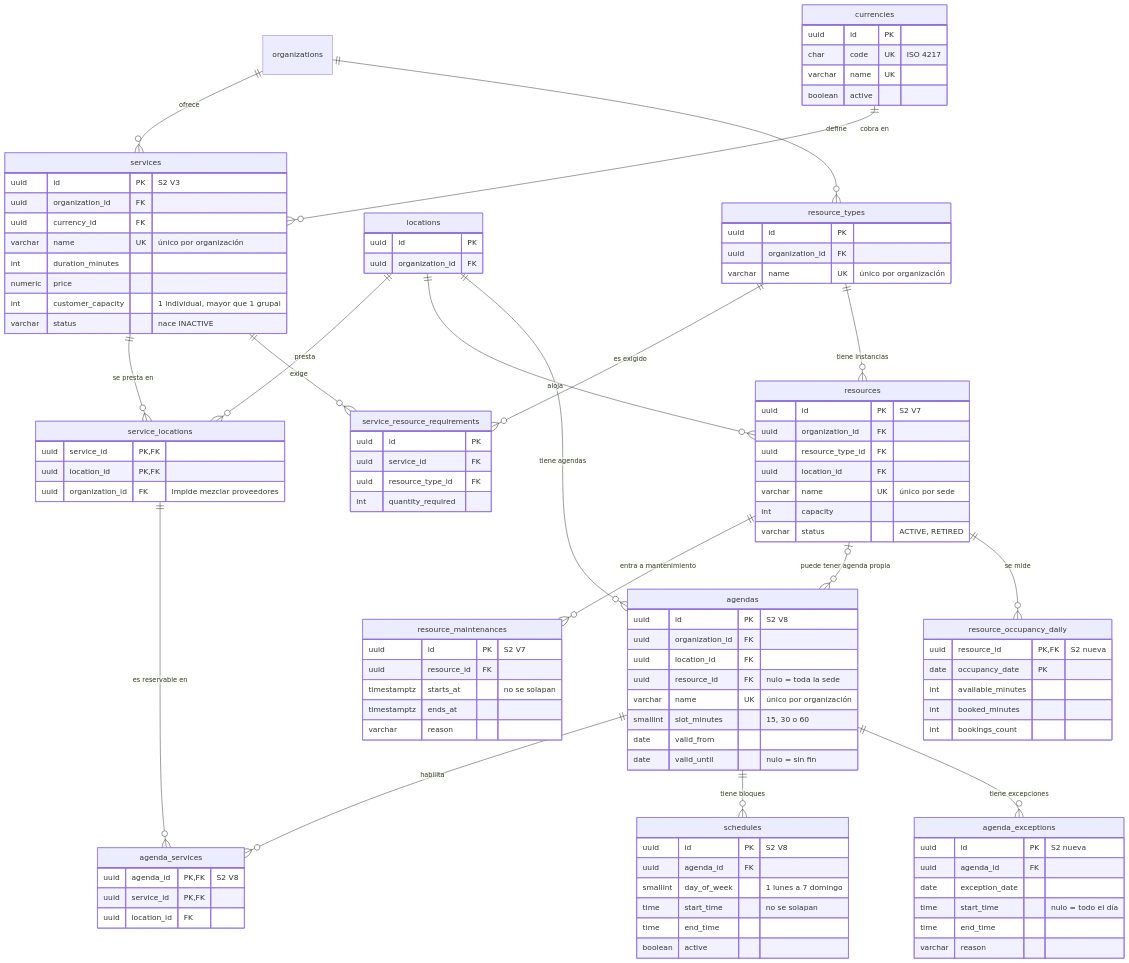
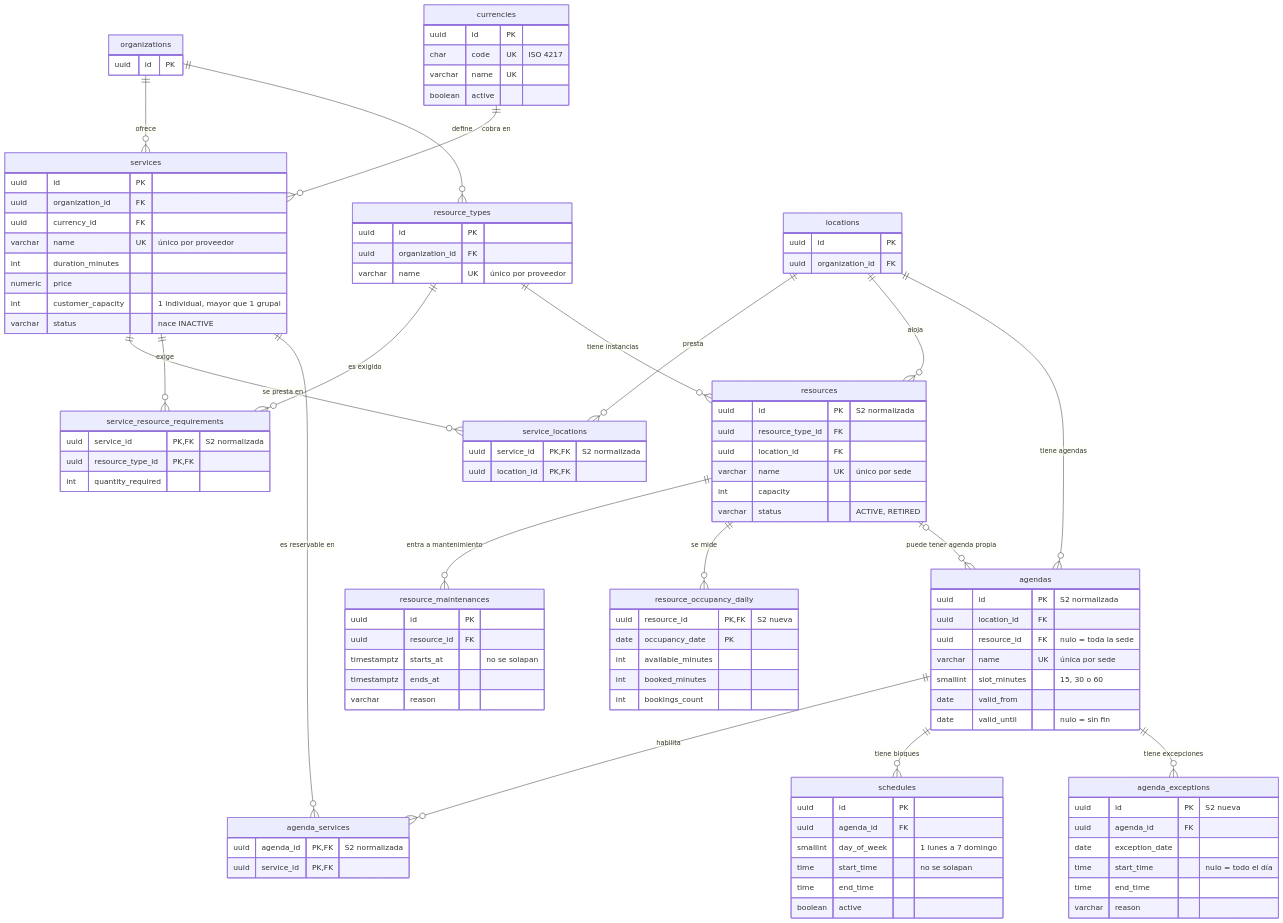
Before and after one commit to andersonhg19/bookingplatform-BDs: the third of 4 diagrams in README.md, drawn with Mermaid. The commit also changed other lines of this file and 2 other files, not shown here.

First line of the commit message:
README del modelo normalizado y diagramas revisados

````diff
--- a/README.md
+++ b/README.md
@@ -174,32 +301,29 @@
 ```mermaid
 erDiagram
     organizations ||--o{ services : ofrece
+    organizations ||--o{ resource_types : define
     currencies ||--o{ services : "cobra en"
     services ||--o{ service_locations : "se presta en"
     locations ||--o{ service_locations : presta
-    organizations ||--o{ resource_types : define
     services ||--o{ service_resource_requirements : exige
     resource_types ||--o{ service_resource_requirements : "es exigido"
     resource_types ||--o{ resources : "tiene instancias"
     locations ||--o{ resources : aloja
     resources ||--o{ resource_maintenances : "entra a mantenimiento"
+    resources ||--o{ resource_occupancy_daily : "se mide"
     locations ||--o{ agendas : "tiene agendas"
     resources |o--o{ agendas : "puede tener agenda propia"
     agendas ||--o{ agenda_services : habilita
-    service_locations ||--o{ agenda_services : "es reservable en"
+    services ||--o{ agenda_services : "es reservable en"
     agendas ||--o{ schedules : "tiene bloques"
     agendas ||--o{ agenda_exceptions : "tiene excepciones"
-    resources ||--o{ resource_occupancy_daily : "se mide"
 
-    services {
-        uuid id PK "S2 V3"
+    organizations {
+        uuid id PK
+    }
+    locations {
+        uuid id PK
         uuid organization_id FK
-        uuid currency_id FK
-        varchar name UK "único por organización"
-        int duration_minutes
-        numeric price
-        int customer_capacity "1 individual, mayor que 1 grupal"
-        varchar status "nace INACTIVE"
     }
     currencies {
         uuid id PK
@@ -207,29 +331,32 @@
         varchar name UK
         boolean active
     }
-    locations {
+    services {
         uuid id PK
         uuid organization_id FK
+        uuid currency_id FK
+        varchar name UK "único por proveedor"
+        int duration_minutes
+        numeric price
+        int customer_capacity "1 individual, mayor que 1 grupal"
+        varchar status "nace INACTIVE"
     }
     service_locations {
-        uuid service_id PK, FK
+        uuid service_id PK, FK "S2 normalizada"
         uuid location_id PK, FK
-        uuid organization_id FK "impide mezclar proveedores"
     }
     resource_types {
         uuid id PK
         uuid organization_id FK
-        varchar name UK "único por organización"
+        varchar name UK "único por proveedor"
     }
     service_resource_requirements {
-        uuid id PK
-        uuid service_id FK
-        uuid resource_type_id FK
+        uuid service_id PK, FK "S2 normalizada"
+        uuid resource_type_id PK, FK
         int quantity_required
     }
     resources {
-        uuid id PK "S2 V7"
-        uuid organization_id FK
+        uuid id PK "S2 normalizada"
         uuid resource_type_id FK
         uuid location_id FK
         varchar name UK "único por sede"
@@ -237,29 +364,27 @@
         varchar status "ACTIVE, RETIRED"
     }
     resource_maintenances {
-        uuid id PK "S2 V7"
+        uuid id PK
         uuid resource_id FK
         timestamptz starts_at "no se solapan"
         timestamptz ends_at
         varchar reason
     }
     agendas {
-        uuid id PK "S2 V8"
-        uuid organization_id FK
+        uuid id PK "S2 normalizada"
         uuid location_id FK
         uuid resource_id FK "nulo = toda la sede"
-        varchar name UK "único por organización"
+        varchar name UK "única por sede"
         smallint slot_minutes "15, 30 o 60"
         date valid_from
         date valid_until "nulo = sin fin"
     }
     agenda_services {
-        uuid agenda_id PK, FK "S2 V8"
+        uuid agenda_id PK, FK "S2 normalizada"
         uuid service_id PK, FK
-        uuid location_id FK
     }
     schedules {
-        uuid id PK "S2 V8"
+        uuid id PK
         uuid agenda_id FK
         smallint day_of_week "1 lunes a 7 domingo"
         time start_time "no se solapan"
````
